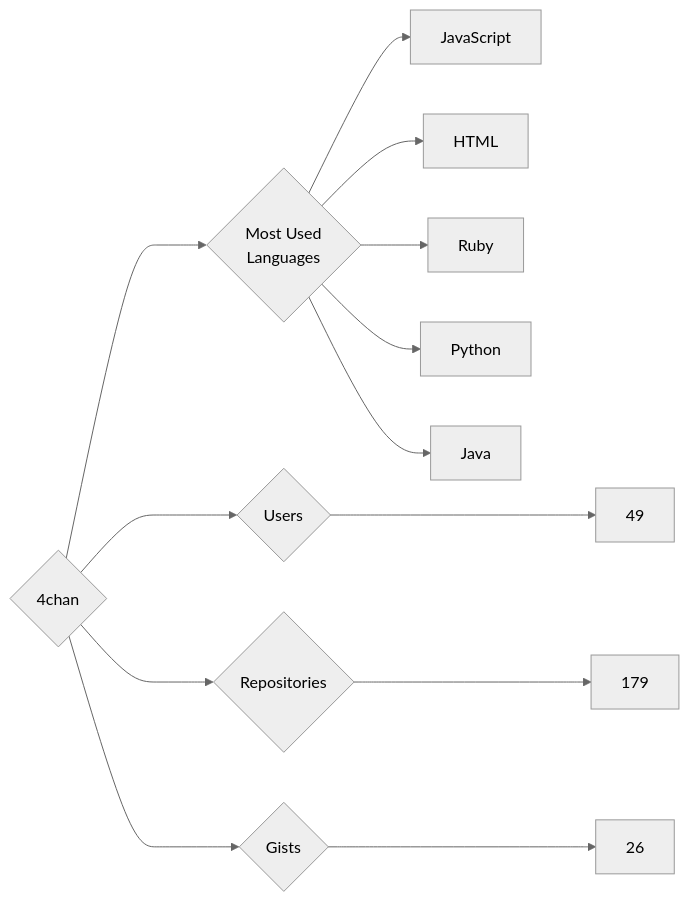
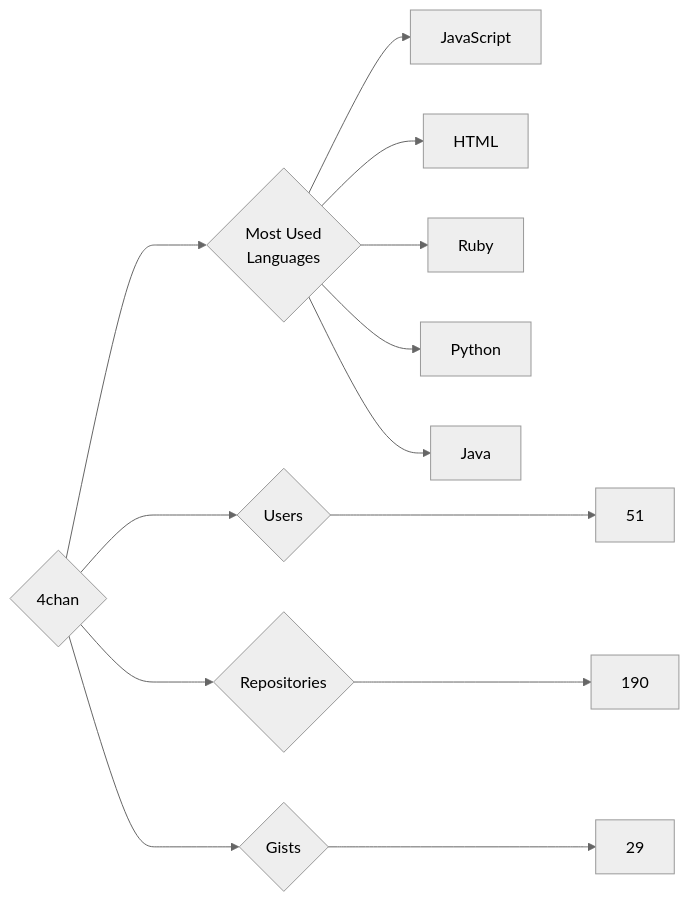
Before and after one commit to trickest/insiders: the diagram in targets/4chan/README.md, drawn with Mermaid (neutral theme). The commit also changed 1036 other files, not shown here.

````diff
--- a/targets/4chan/README.md
+++ b/targets/4chan/README.md
@@ -3,13 +3,13 @@
 ```mermaid
 graph LR
 COMPANY_NAME{4chan}
-COMPANY_NAME ---> U{Users} ---> UN[49]
-COMPANY_NAME ---> R{Repositories} ---> RN[179]
-COMPANY_NAME ---> G{Gists} ---> GN[26]
+COMPANY_NAME ---> U{Users} ---> UN[51]
+COMPANY_NAME ---> R{Repositories} ---> RN[190]
+COMPANY_NAME ---> G{Gists} ---> GN[29]
 COMPANY_NAME ---> ML{Most Used<br>Languages}
 ML --> JavaScript[JavaScript]
 ML --> HTML[HTML]
 ML --> Ruby[Ruby]
 ML --> Python[Python]
 ML --> Java[Java]
 ```
````
